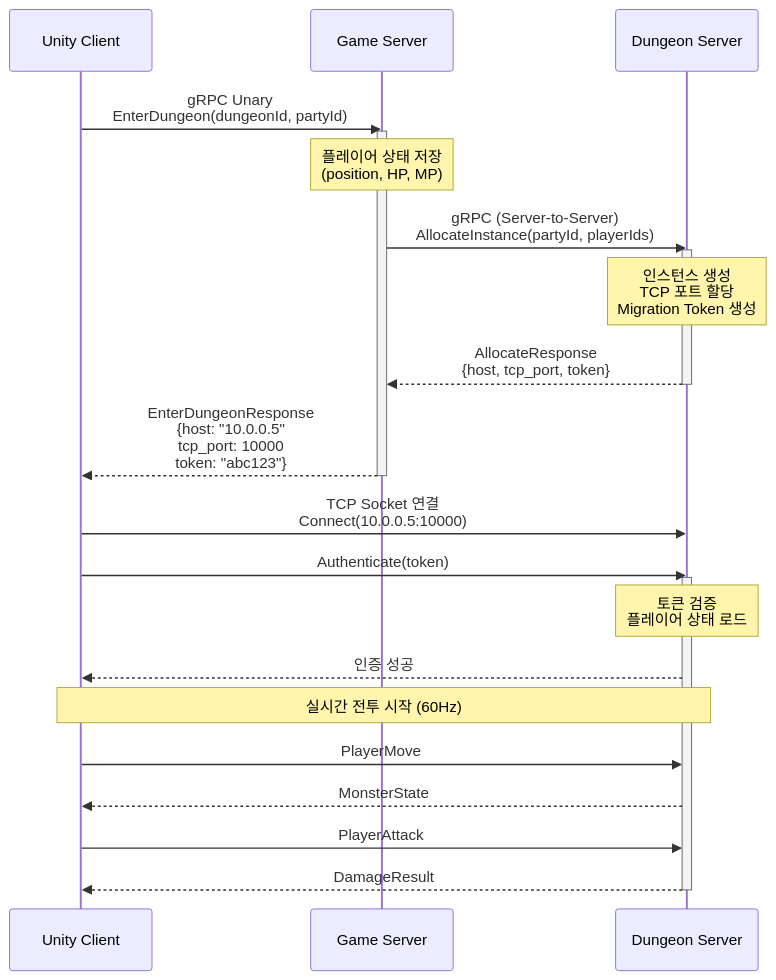
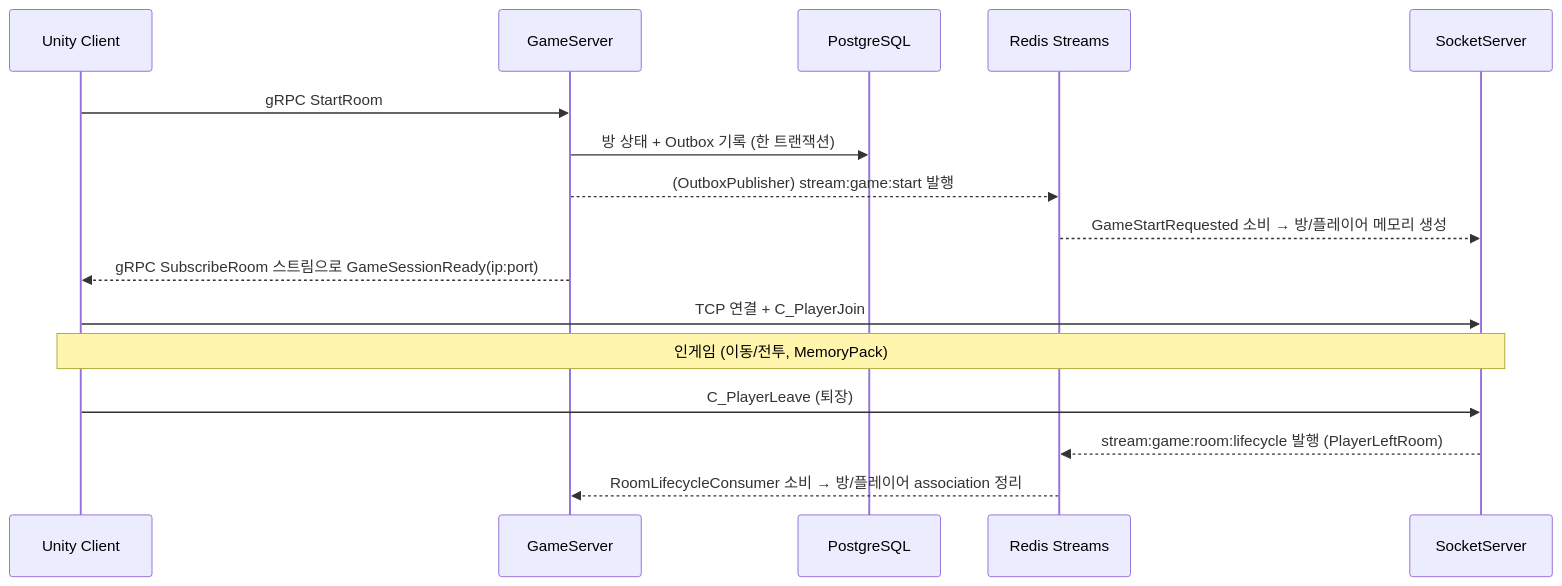
Before and after one commit to SeoBYP/Multiplay-ActionRPG-Unity: the second of 3 diagrams in README.md, drawn with Mermaid. The commit also changed other lines of this file and 163 other files, not shown here.

````diff
--- a/README.md
+++ b/README.md
@@ -972,37 +96,19 @@
 ```mermaid
 sequenceDiagram
-    participant Client as Unity Client
-    participant GS as Game Server
-    participant DS as Dungeon Server
-    
-    Client->>GS: gRPC Unary<br/>EnterDungeon(dungeonId, partyId)
-    
-    activate GS
-    Note over GS: 플레이어 상태 저장<br/>(position, HP, MP)
-    
-    GS->>DS: gRPC (Server-to-Server)<br/>AllocateInstance(partyId, playerIds)
-    
-    activate DS
-    Note over DS: 인스턴스 생성<br/>TCP 포트 할당<br/>Migration Token 생성
-    
-    DS-->>GS: AllocateResponse<br/>{host, tcp_port, token}
-    deactivate DS
-    
-    GS-->>Client: EnterDungeonResponse<br/>{host: "10.0.0.5"<br/>tcp_port: 10000<br/>token: "abc123"}
-    deactivate GS
-    
-    Client->>DS: TCP Socket 연결<br/>Connect(10.0.0.5:10000)
-    Client->>DS: Authenticate(token)
-    
-    activate DS
-    Note over DS: 토큰 검증<br/>플레이어 상태 로드
-    
-    DS-->>Client: 인증 성공
-    
-    Note over Client,DS: 실시간 전투 시작 (60Hz)
-    Client->>DS: PlayerMove
-    DS-->>Client: MonsterState
-    Client->>DS: PlayerAttack
-    DS-->>Client: DamageResult
-    deactivate DS
+    participant C as Unity Client
+    participant G as GameServer
+    participant DB as PostgreSQL
+    participant R as Redis Streams
+    participant S as SocketServer
+
+    C->>G: gRPC StartRoom
+    G->>DB: 방 상태 + Outbox 기록 (한 트랜잭션)
+    G-->>R: (OutboxPublisher) stream:game:start 발행
+    R-->>S: GameStartRequested 소비 → 방/플레이어 메모리 생성
+    G-->>C: gRPC SubscribeRoom 스트림으로 GameSessionReady(ip:port)
+    C->>S: TCP 연결 + C_PlayerJoin
+    Note over C,S: 인게임 (이동/전투, MemoryPack)
+    C->>S: C_PlayerLeave (퇴장)
+    S-->>R: stream:game:room:lifecycle 발행 (PlayerLeftRoom)
+    R-->>G: RoomLifecycleConsumer 소비 → 방/플레이어 association 정리
 ```
````
